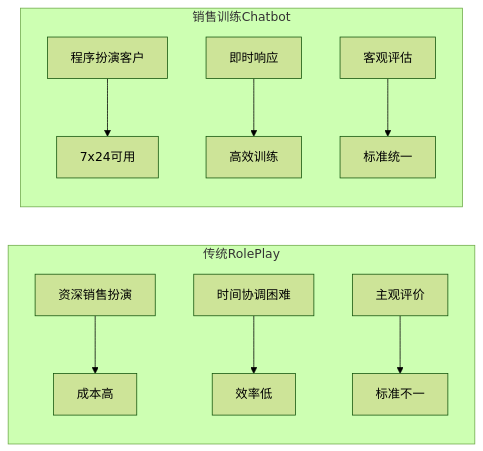
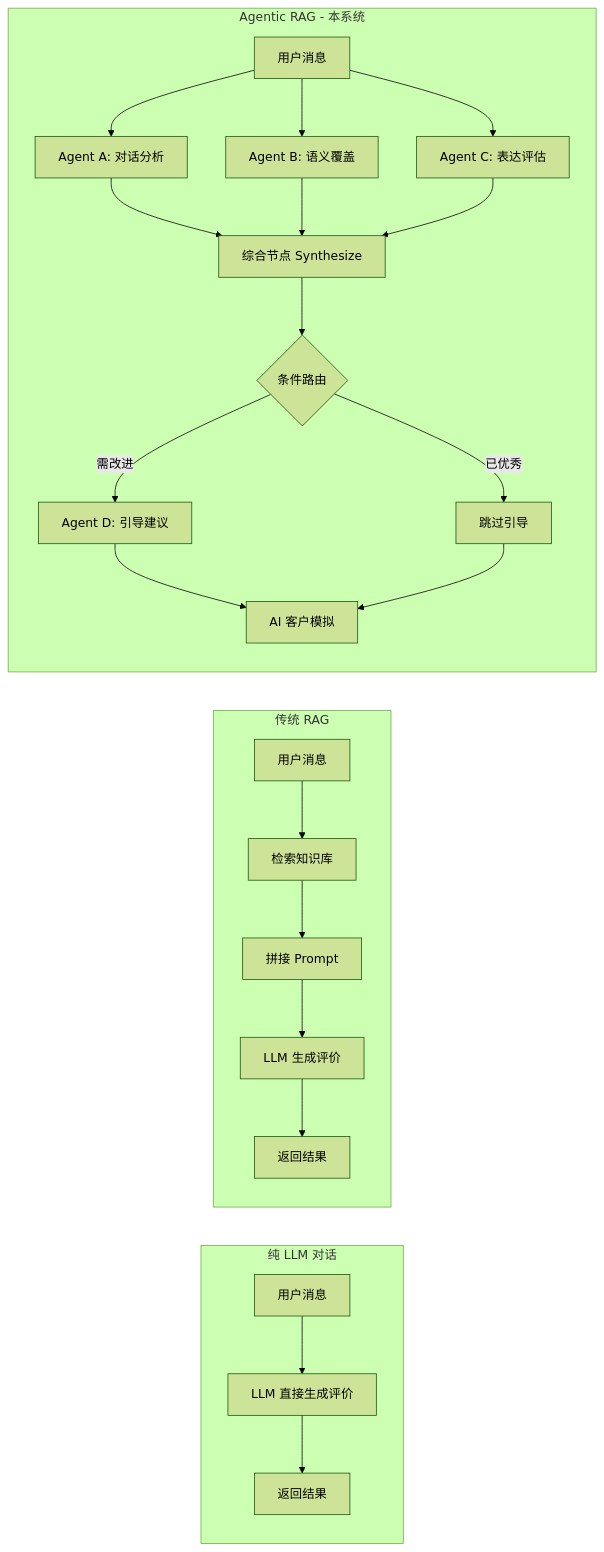
One commit to xt765/UMU-Sales-Trainer changed the first of 10 diagrams in README.md. Above: the diagram before and after it, drawn with Mermaid (forest theme). The commit also changed other lines of this file and 4 other files, not shown here.

Commit message:
docs: rewrite all documentation from scratch (2756 lines, 16 Mermaid diagrams)

````diff
--- a/README.md
+++ b/README.md
@@ -60,14 +65,28 @@
 ```mermaid
-flowchart LR
-    subgraph 传统RolePlay
-        A1[资深销售扮演] --> B1[成本高]
-        A2[时间协调困难] --> B2[效率低]
-        A3[主观评价] --> B3[标准不一]
+graph LR
+    subgraph 方案A[纯 LLM 对话]
+        A1[用户消息] --> A2[LLM 直接生成评价]
+        A2 --> A3[返回结果]
     end
-    
-    subgraph 销售训练Chatbot
-        C1[程序扮演客户] --> D1[7x24可用]
-        C2[即时响应] --> D2[高效训练]
-        C3[客观评估] --> D3[标准统一]
+
+    subgraph 方案B[传统 RAG]
+        B1[用户消息] --> B2[检索知识库]
+        B2 --> B3[拼接 Prompt]
+        B3 --> B4[LLM 生成评价]
+        B4 --> B5[返回结果]
+    end
+
+    subgraph 方案C[Agentic RAG - 本系统]
+        C1[用户消息] --> C2[Agent A: 对话分析]
+        C1 --> C3[Agent B: 语义覆盖]
+        C1 --> C4[Agent C: 表达评估]
+        C2 --> C5[综合节点 Synthesize]
+        C3 --> C5
+        C4 --> C5
+        C5 --> C6{条件路由}
+        C6 -->|需改进| C7[Agent D: 引导建议]
+        C6 -->|已优秀| C8[跳过引导]
+        C7 --> C9[AI 客户模拟]
+        C8 --> C9
     end
 ```
````
